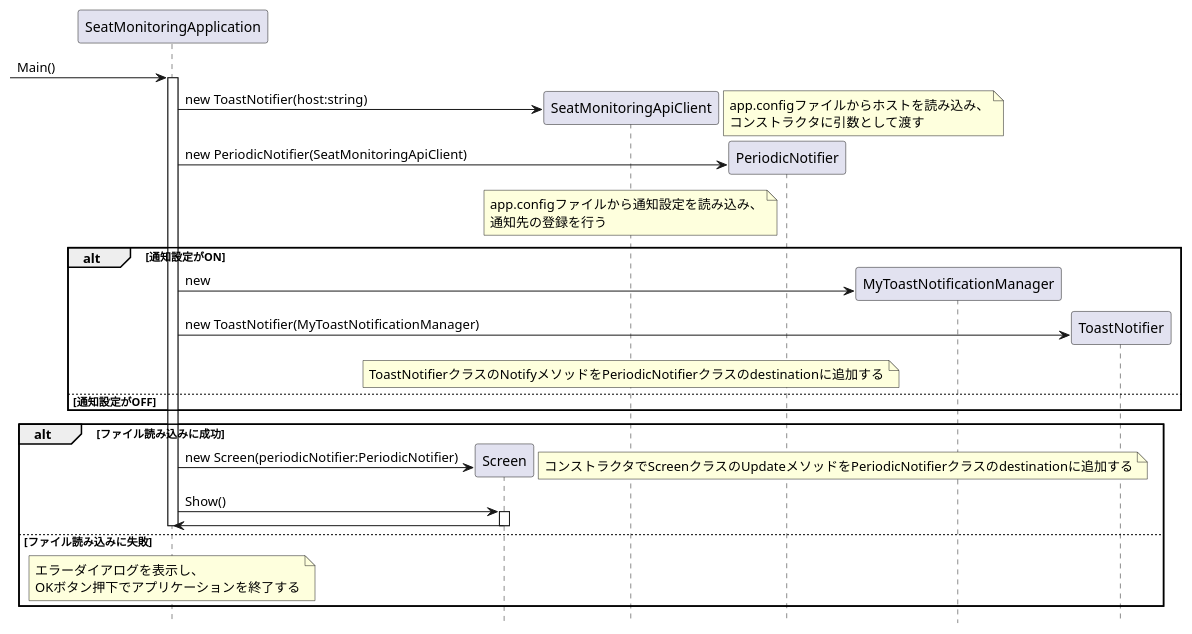
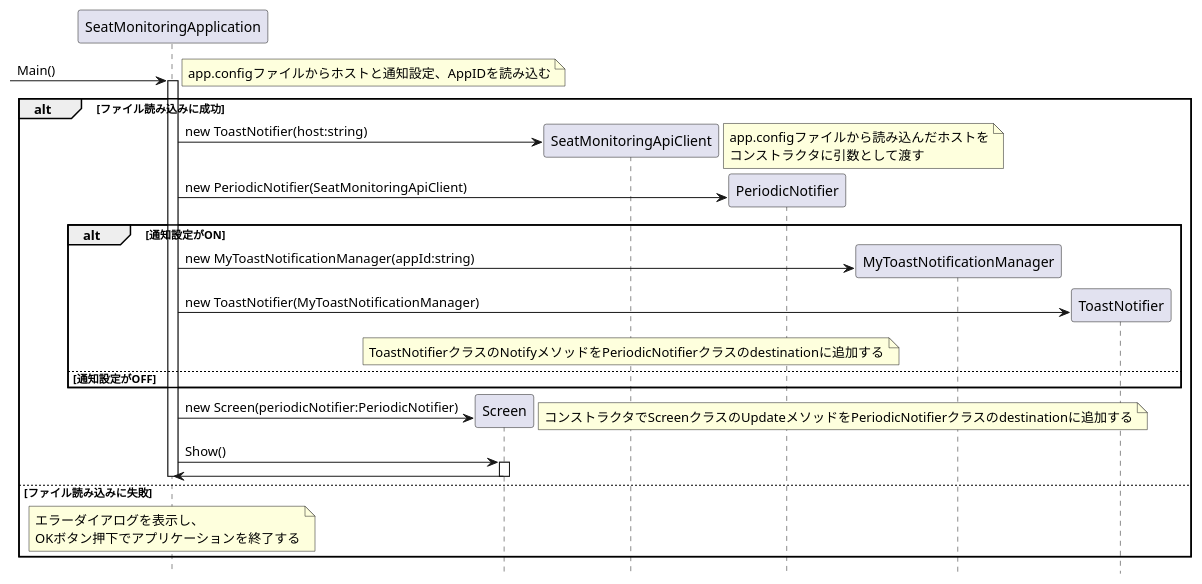
Before and after one commit to KeisukeSugita/Seat-monitoring-system: the diagram in doc/詳細設計/座席監視アプリ起動シーケンス図.pu, drawn with PlantUML. The commit also changed 5 other files, not shown here.

```diff
--- a/doc/詳細設計/座席監視アプリ起動シーケンス図.pu
+++ b/doc/詳細設計/座席監視アプリ起動シーケンス図.pu
@@ -1,57 +1,54 @@
 @startuml 座席監視アプリ起動シーケンス図
 hide footbox
 
 participant "SeatMonitoringApplication" as SeatMonitoringApplication
 participant "Screen" as Screen
 
 -> SeatMonitoringApplication :Main()
 activate SeatMonitoringApplication
-
-create SeatMonitoringApiClient
-SeatMonitoringApplication -> SeatMonitoringApiClient : new ToastNotifier(host:string)
 note right
-	app.configファイルからホストを読み込み、
-	コンストラクタに引数として渡す
+	app.configファイルからホストと通知設定、AppIDを読み込む
 end note
 
-create PeriodicNotifier
-SeatMonitoringApplication -> PeriodicNotifier : new PeriodicNotifier(SeatMonitoringApiClient)
+alt ファイル読み込みに成功
+	create SeatMonitoringApiClient
+	SeatMonitoringApplication -> SeatMonitoringApiClient : new ToastNotifier(host:string)
+	note right
+		app.configファイルから読み込んだホストを
+		コンストラクタに引数として渡す
+	end note
 
-note over SeatMonitoringApiClient
-	app.configファイルから通知設定を読み込み、
-	通知先の登録を行う
-end note
+	create PeriodicNotifier
+	SeatMonitoringApplication -> PeriodicNotifier : new PeriodicNotifier(SeatMonitoringApiClient)
 
-alt 通知設定がON
-	create MyToastNotificationManager
-	SeatMonitoringApplication -> MyToastNotificationManager : new
+	alt 通知設定がON
+		create MyToastNotificationManager
+		SeatMonitoringApplication -> MyToastNotificationManager : new MyToastNotificationManager(appId:string)
 
-	create ToastNotifier
-	SeatMonitoringApplication -> ToastNotifier : new ToastNotifier(MyToastNotificationManager)
-	note over SeatMonitoringApiClient
-		ToastNotifierクラスのNotifyメソッドをPeriodicNotifierクラスのdestinationに追加する
-	end note
-else 通知設定がOFF
+		create ToastNotifier
+		SeatMonitoringApplication -> ToastNotifier : new ToastNotifier(MyToastNotificationManager)
+		note over SeatMonitoringApiClient
+			ToastNotifierクラスのNotifyメソッドをPeriodicNotifierクラスのdestinationに追加する
+		end note
+	else 通知設定がOFF
 
-end
+	end
 
-
-alt ファイル読み込みに成功
 	create Screen
 	SeatMonitoringApplication -> Screen : new Screen(periodicNotifier:PeriodicNotifier)
 	note right
 		コンストラクタでScreenクラスのUpdateメソッドをPeriodicNotifierクラスのdestinationに追加する
 	end note
 	SeatMonitoringApplication -> Screen : Show()
 	activate Screen
 	SeatMonitoringApplication <- Screen
 	deactivate Screen
 else ファイル読み込みに失敗
 	note over SeatMonitoringApplication
 		エラーダイアログを表示し、
 		OKボタン押下でアプリケーションを終了する
 	end note
 	deactivate SeatMonitoringApplication
 end
 
 @enduml
```
